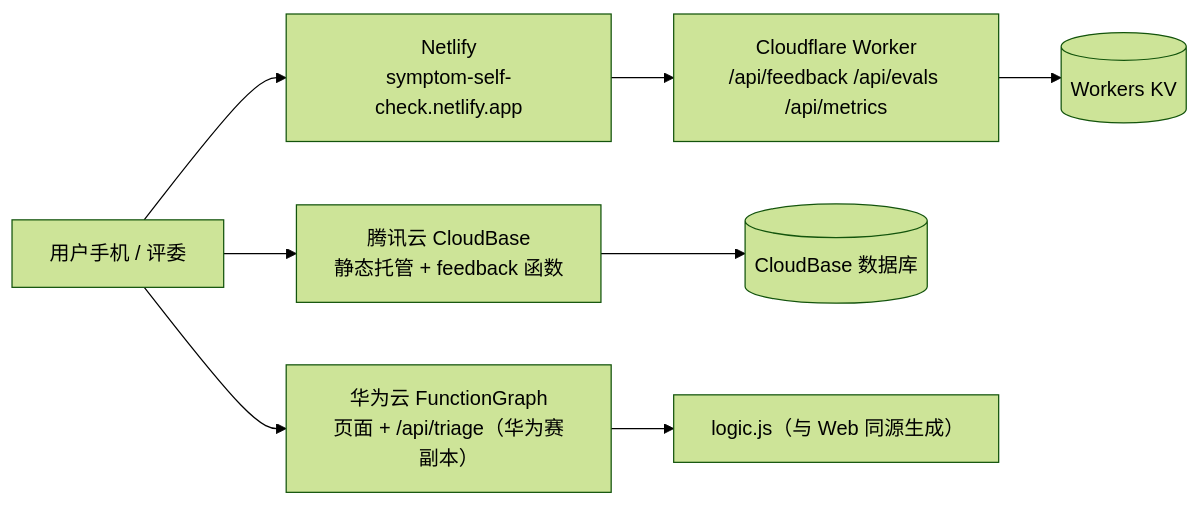
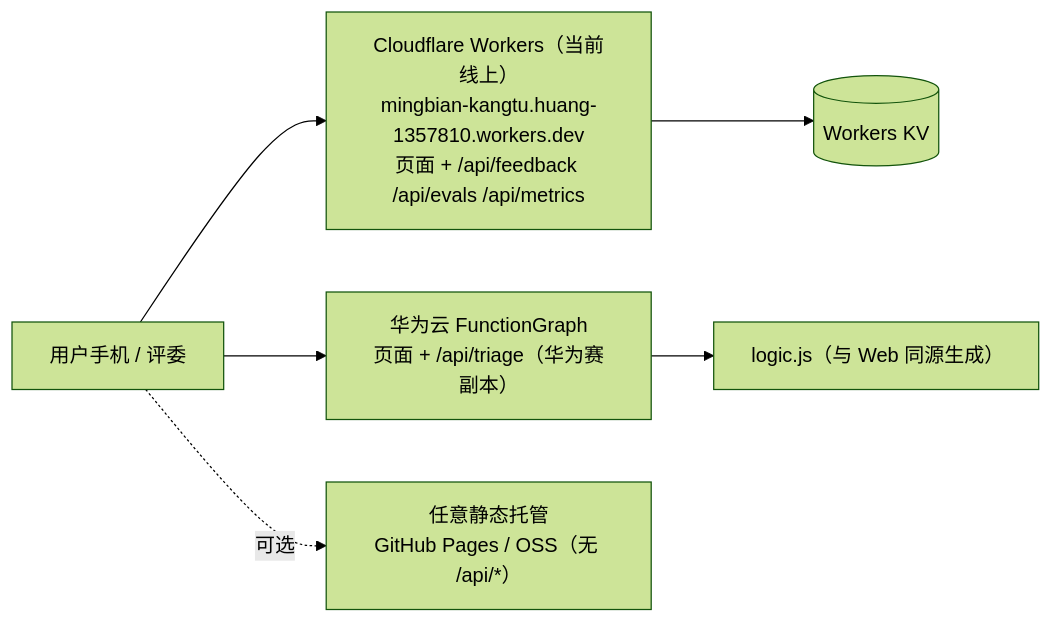
The fifth of 5 diagrams in docs/架构图.md (huang1357810/symptom-compass), drawn with Mermaid (forest theme) before and after one commit. The commit also changed other lines of this file and 32 other files, not shown here.

````diff
--- a/docs/架构图.md
+++ b/docs/架构图.md
@@ -102,11 +102,9 @@
 ```mermaid
 flowchart LR
-  U["用户手机 / 评委"] --> N["Netlify<br/>symptom-self-check.netlify.app"]
-  U --> C["腾讯云 CloudBase<br/>静态托管 + feedback 函数"]
+  U["用户手机 / 评委"] --> WK["Cloudflare Workers（当前线上）<br/>mingbian-kangtu.huang-1357810.workers.dev<br/>页面 + /api/feedback /api/evals /api/metrics"]
   U --> F["华为云 FunctionGraph<br/>页面 + /api/triage（华为赛副本）"]
+  U -.可选.-> S["任意静态托管<br/>GitHub Pages / OSS（无 /api/*）"]
 
-  N --> WK["Cloudflare Worker<br/>/api/feedback /api/evals /api/metrics"]
   WK --> KVS[("Workers KV")]
-  C --> CDBS[("CloudBase 数据库")]
   F --> LOGIC["logic.js（与 Web 同源生成）"]
 ```
````
